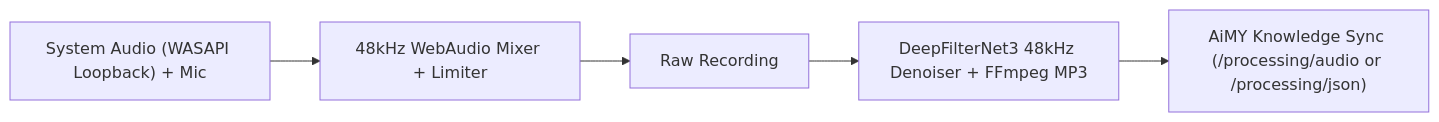
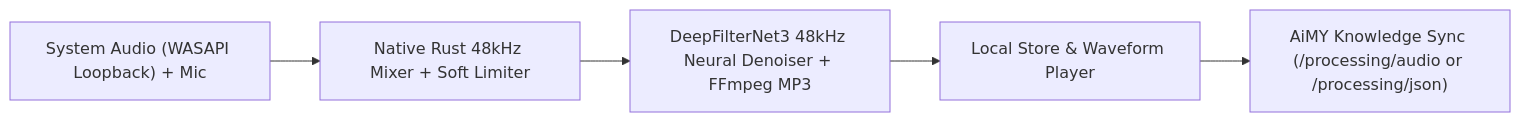
One commit to Flairstech-AIMY/aimy-meetings-desktop-client changed the diagram in README.md. Above: the diagram before and after it, drawn with Mermaid. The commit also changed other lines of this file and 6 other files, not shown here.

````diff
--- a/README.md
+++ b/README.md
@@ -36,7 +67,7 @@
 ```mermaid
 flowchart LR
-    A["System Audio (WASAPI Loopback) + Mic"] --> B["48kHz WebAudio Mixer + Limiter"]
-    B --> D["Raw Recording"]
-    D --> G["DeepFilterNet3 48kHz Denoiser + FFmpeg MP3"]
-    G --> H["AiMY Knowledge Sync (/processing/audio or /processing/json)"]
+    A["System Audio (WASAPI Loopback) + Mic"] --> B["Native Rust 48kHz Mixer + Soft Limiter"]
+    B --> C["DeepFilterNet3 48kHz Neural Denoiser + FFmpeg MP3"]
+    C --> D["Local Store & Waveform Player"]
+    D --> E["AiMY Knowledge Sync (/processing/audio or /processing/json)"]
 ```
````
